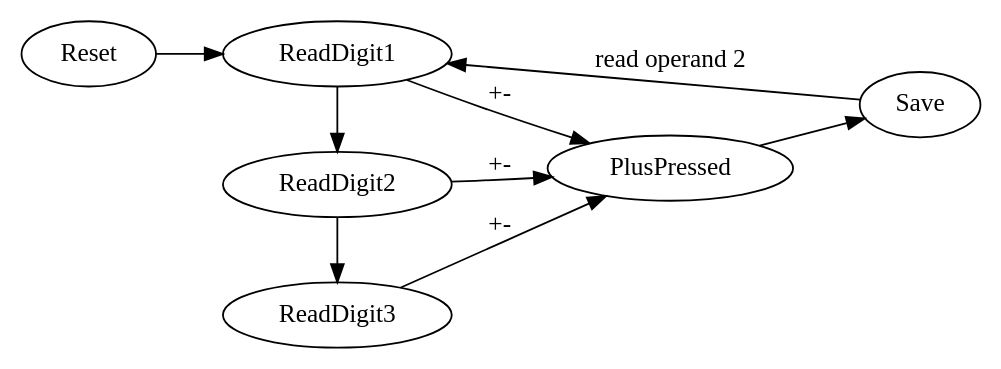
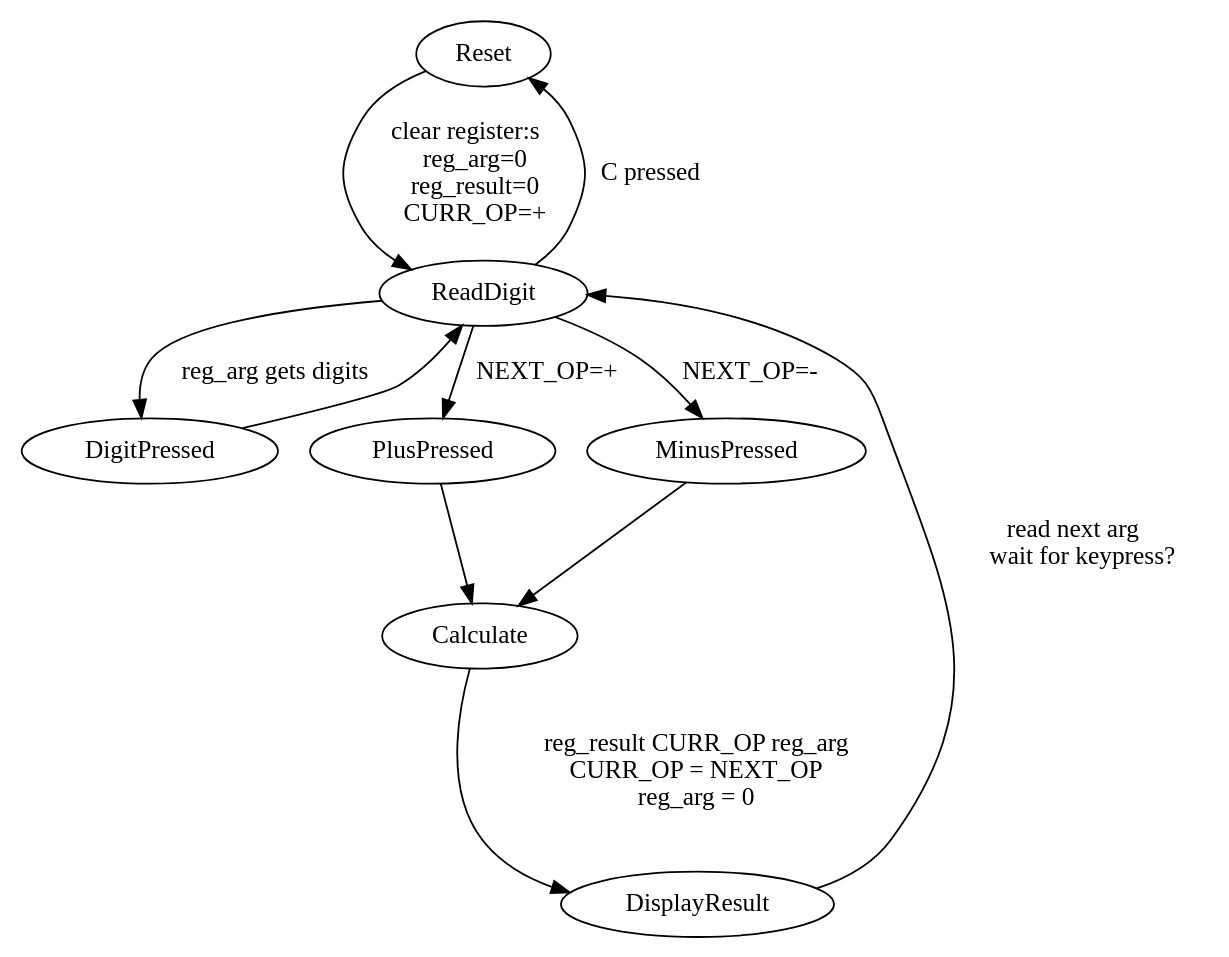
The diagram in assets/hardware-adventures-5-input-state-machine.dot (jborza/jborza.github.io), drawn with Graphviz before and after one commit.

Commit message:
hw5 - better state machine

```diff
--- a/assets/hardware-adventures-5-input-state-machine.dot
+++ b/assets/hardware-adventures-5-input-state-machine.dot
@@ -1,20 +1,28 @@
 digraph{
-    rankdir=LR
-    { rank=same; ReadDigit1; ReadDigit2; ReadDigit3 };
-    
-    Reset
-    ReadDigit1
-    ReadDigit2
-    ReadDigit3
-    PlusPressed
+    #rankdir=LR
+    #{ rank=same; ReadDigit1; ReadDigit2; ReadDigit3 };
+    #{ rank=same; PlusPressed; MinusPressed; DigitPressed};
 
-    Reset->ReadDigit1
-    ReadDigit1->ReadDigit2
-    ReadDigit2->ReadDigit3
-    ReadDigit1->PlusPressed [label="+-"]
-    ReadDigit2->PlusPressed [label="+-"]
-    ReadDigit3->PlusPressed [label="+-"]
-    PlusPressed->Save
-    Save->ReadDigit1 [label="read operand 2"]
+    Reset->ReadDigit [label="clear register:s
+    reg_arg=0
+    reg_result=0
+    CURR_OP=+"]
+    ReadDigit->DigitPressed[label="reg_arg gets digits"]
+    DigitPressed->ReadDigit
+    #ReadDigit2->ReadDigit3
+    ReadDigit->PlusPressed [label="NEXT_OP=+"]
+    ReadDigit->MinusPressed [label="NEXT_OP=-"]
+    ReadDigit->Reset [label="C pressed"]
+    #ReadDigit2->PlusPressed [label="+-"]
+    #ReadDigit3->PlusPressed [label="+-"]
+    PlusPressed->Calculate 
+    MinusPressed->Calculate 
+    Calculate->DisplayResult [label="
+    reg_result CURR_OP reg_arg
+    CURR_OP = NEXT_OP
+    reg_arg = 0
+    "]
+    DisplayResult->ReadDigit [label="read next arg
+    wait for keypress?"]
 
 }
```
